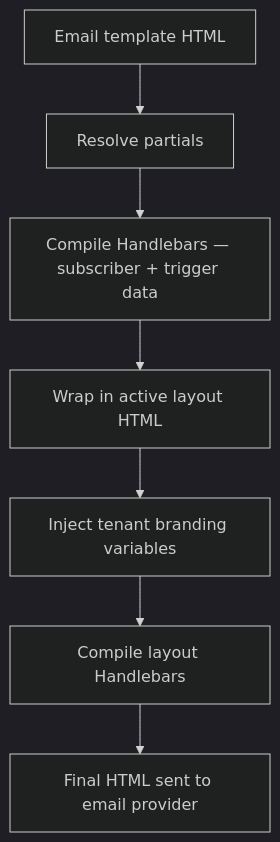
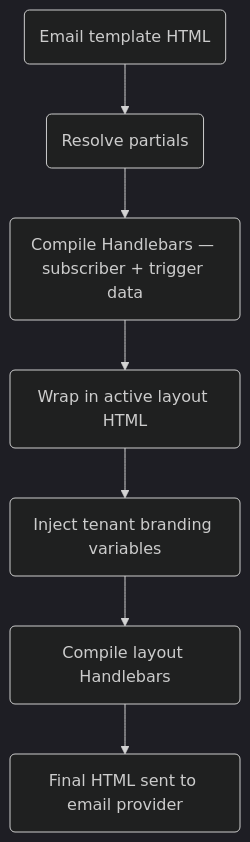
Before and after one commit to KriyanshKhunt/nexus_docs: the diagram in content/docs/en/platform/features/email-layouts.mdx, drawn with Mermaid (dark theme). The commit also changed 25 other files, not shown here.

Commit message:
Handle en Mermaid charts

````diff
--- a/content/docs/en/platform/features/email-layouts.mdx
+++ b/content/docs/en/platform/features/email-layouts.mdx
@@ -77,9 +77,9 @@
 ```mermaid
 flowchart TD
-  T[Email template HTML] --> P[Resolve partials]
-  P --> C[Compile Handlebars — subscriber + trigger data]
-  C --> L[Wrap in active layout HTML]
-  L --> B[Inject tenant branding variables]
-  B --> H[Compile layout Handlebars]
-  H --> Out[Final HTML sent to email provider]
+  T(Email template HTML) --> P(Resolve partials)
+  P --> C(Compile Handlebars — subscriber + trigger data)
+  C --> L(Wrap in active layout HTML)
+  L --> B(Inject tenant branding variables)
+  B --> H(Compile layout Handlebars)
+  H --> Out(Final HTML sent to email provider)
 ```
````
